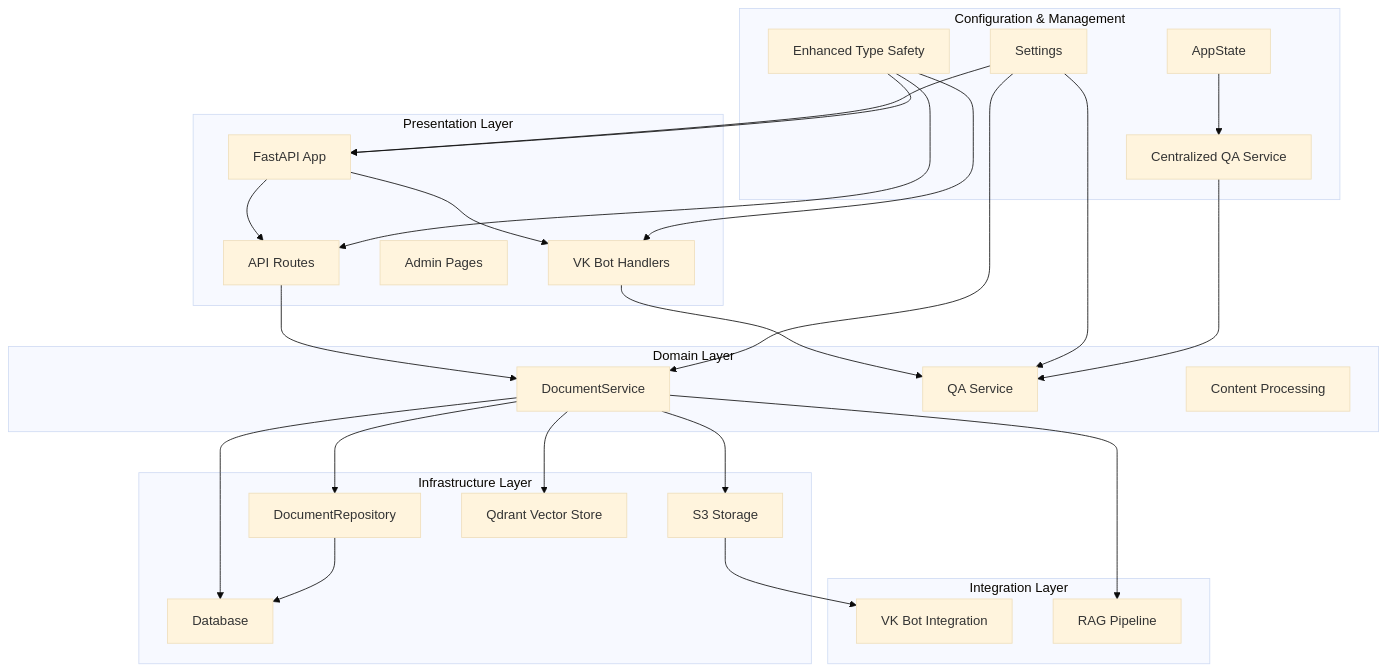
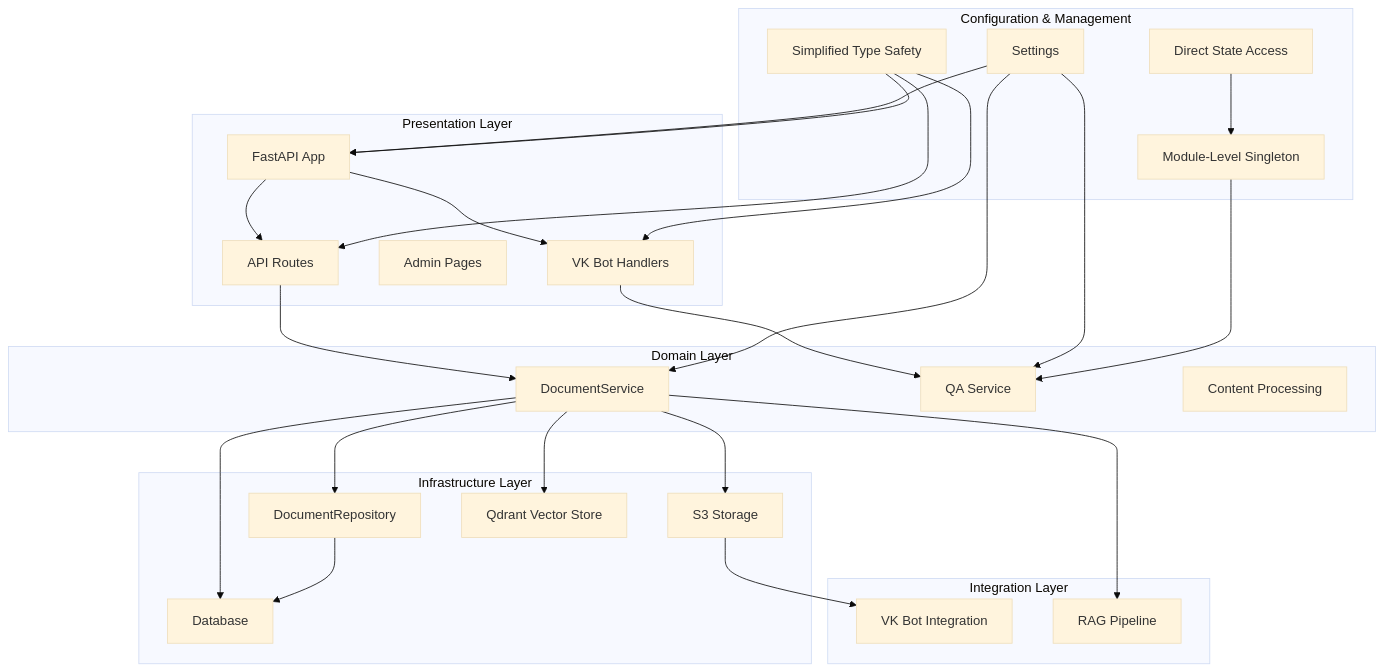
The first of 8 diagrams in .qoder/repowiki/en/content/API Reference/Dependency Injection System.md (ognelis/cafetera_hr_bot), drawn with Mermaid (base theme) before and after one commit. The commit also changed other lines of this file and 20 other files, not shown here.

````diff
--- a/.qoder/repowiki/en/content/API Reference/Dependency Injection System.md
+++ b/.qoder/repowiki/en/content/API Reference/Dependency Injection System.md
@@ -57,49 +57,49 @@
 ```mermaid
 graph TB
 subgraph "Presentation Layer"
 A[FastAPI App]
 B[API Routes]
 C[Admin Pages]
 D[VK Bot Handlers]
 end
 subgraph "Domain Layer"
 E[DocumentService]
 F[QA Service]
 G[Content Processing]
 end
 subgraph "Infrastructure Layer"
 H[DocumentRepository]
 I[Database]
 J[S3 Storage]
 K[Qdrant Vector Store]
 end
 subgraph "Integration Layer"
 L[VK Bot Integration]
 M[RAG Pipeline]
 end
 subgraph "Configuration & Management"
 N[Settings]
-O[AppState]
-P[Centralized QA Service]
-Q[Enhanced Type Safety]
+O[Direct State Access]
+P[Module-Level Singleton]
+Q[Simplified Type Safety]
 end
 A --> B
 A --> D
 B --> E
 D --> F
 E --> H
 E --> I
 E --> J
 E --> K
 H --> I
 J --> L
 E --> M
 N --> A
 N --> E
 N --> F
 O --> P
 P --> F
 Q --> A
 Q --> B
 Q --> D
 ```
````
